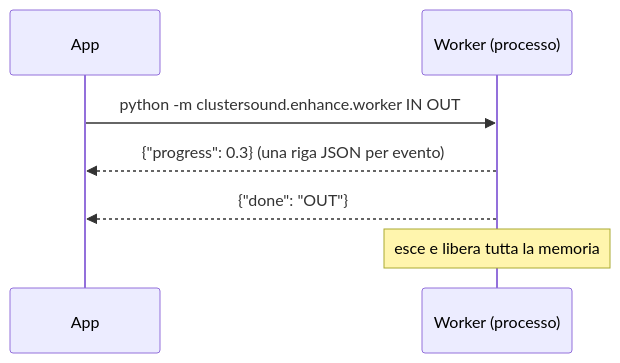
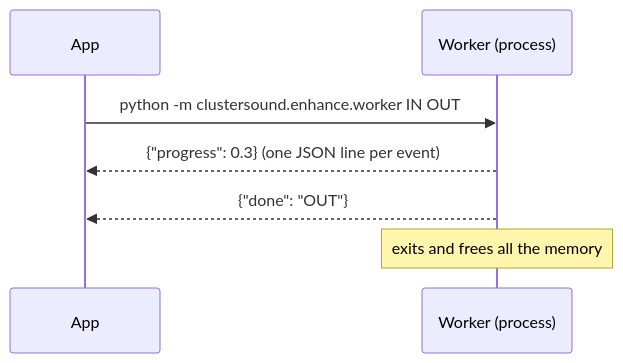
One commit to AleksAttanasio/ClusterSound changed the second of 2 diagrams in docs/ai/apollo.md. Above: the diagram before and after it, drawn with Mermaid. The commit also changed other lines of this file and 121 other files, not shown here.

````diff
--- a/docs/ai/apollo.md
+++ b/docs/ai/apollo.md
@@ -33,9 +33,9 @@
 ```mermaid
 sequenceDiagram
   participant App
-  participant W as Worker (processo)
+  participant W as Worker (process)
   App->>W: python -m clustersound.enhance.worker IN OUT
-  W-->>App: {"progress": 0.3} (una riga JSON per evento)
+  W-->>App: {"progress": 0.3} (one JSON line per event)
   W-->>App: {"done": "OUT"}
-  Note over W: esce e libera tutta la memoria
+  Note over W: exits and frees all the memory
 ```
````
